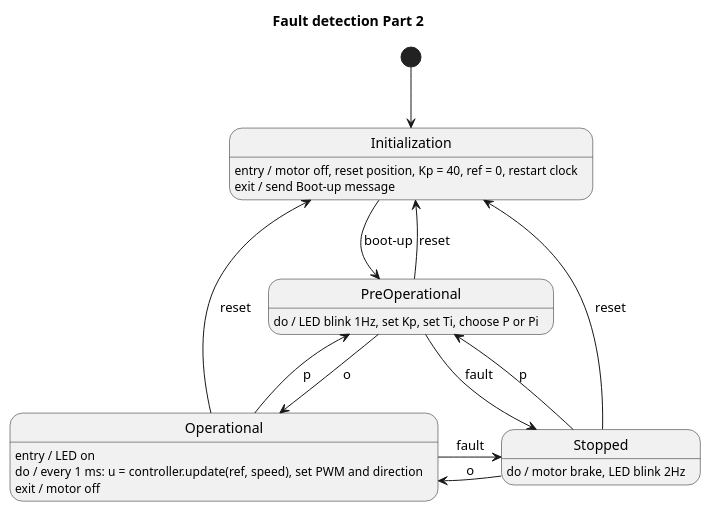
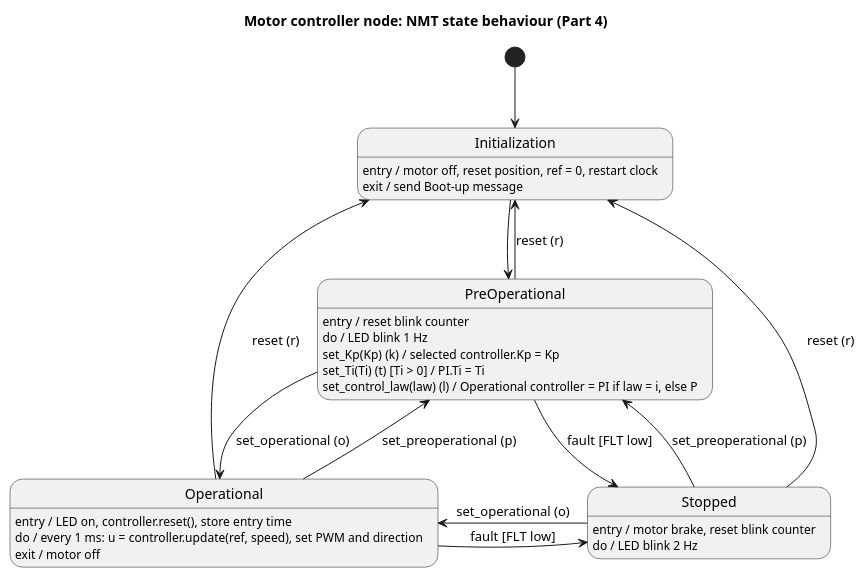
The diagram in Project3_part3/docs/diagrams/src/part4_states.wsd (A-Klang/Projects_EmbeddedRU), drawn with PlantUML before and after one commit. The commit also changed 38 other files, not shown here.

```diff
--- a/Project3_part3/docs/diagrams/src/part4_states.wsd
+++ b/Project3_part3/docs/diagrams/src/part4_states.wsd
@@ -1,28 +1,33 @@
-@startuml part2_states
+@startuml part4_states
 
-title Fault detection Part 2
+title Motor controller node: NMT state behaviour (Part 4)
 [*] --> Initialization
 
-state Initialization : entry / motor off, reset position, Kp = 40, ref = 0, restart clock
+state Initialization : entry / motor off, reset position, ref = 0, restart clock
 state Initialization : exit / send Boot-up message
 
-state PreOperational : do / LED blink 1Hz, set Kp, set Ti, choose P or Pi
+state PreOperational : entry / reset blink counter
+state PreOperational : do / LED blink 1 Hz
+state PreOperational : set_Kp(Kp) (k) / selected controller.Kp = Kp
+state PreOperational : set_Ti(Ti) (t) [Ti > 0] / PI.Ti = Ti
+state PreOperational : set_control_law(law) (l) / Operational controller = PI if law = i, else P
 
-state Operational : entry / LED on
+state Operational : entry / LED on, controller.reset(), store entry time
 state Operational : do / every 1 ms: u = controller.update(ref, speed), set PWM and direction
 state Operational : exit / motor off
 
-state Stopped : do / motor brake, LED blink 2Hz
+state Stopped : entry / motor brake, reset blink counter
+state Stopped : do / LED blink 2 Hz
 
-Operational -right-> Stopped : fault
-Operational -up-> Initialization : reset
-Stopped -left-> Operational : o
-Stopped -up-> Initialization : reset
-Initialization -down-> PreOperational : boot-up
-PreOperational -down-> Operational : o
-PreOperational -right-> Stopped : fault
-PreOperational -up-> Initialization : reset
-Operational -up-> PreOperational : p
-Stopped -left-> PreOperational : p
+Initialization -down-> PreOperational
+PreOperational -up-> Initialization : reset (r)
+PreOperational -down-> Operational : set_operational (o)
+PreOperational -right-> Stopped : fault [FLT low]
+Operational -up-> PreOperational : set_preoperational (p)
+Operational -up-> Initialization : reset (r)
+Operational -right-> Stopped : fault [FLT low]
+Stopped -left-> PreOperational : set_preoperational (p)
+Stopped -left-> Operational : set_operational (o)
+Stopped -up-> Initialization : reset (r)
 
 @enduml
```
